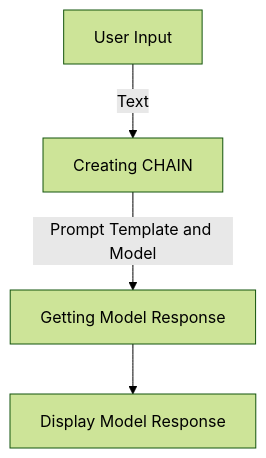
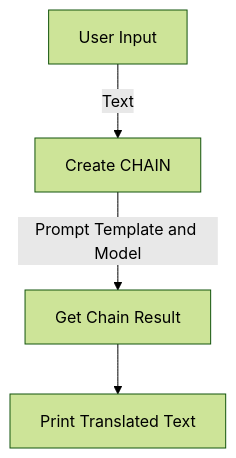
The diagram in simple_translator/README.md (Patotricks15/Generative-AI-projects), drawn with Mermaid (forest theme) before and after one commit. The commit also changed other lines of this file and 22 other files, not shown here.

````diff
--- a/simple_translator/README.md
+++ b/simple_translator/README.md
@@ -11,6 +11,6 @@
 ```mermaid
 flowchart TD
-A[User Input] -->|Text| B[Creating CHAIN]
-B -->|Prompt Template and Model| C[Getting Model Response]
-C --> D[Display Model Response]
+A[User Input] -->|Text| B[Create CHAIN]
+B -->|Prompt Template and Model| C[Get Chain Result]
+C --> D[Print Translated Text]
 ```
````
